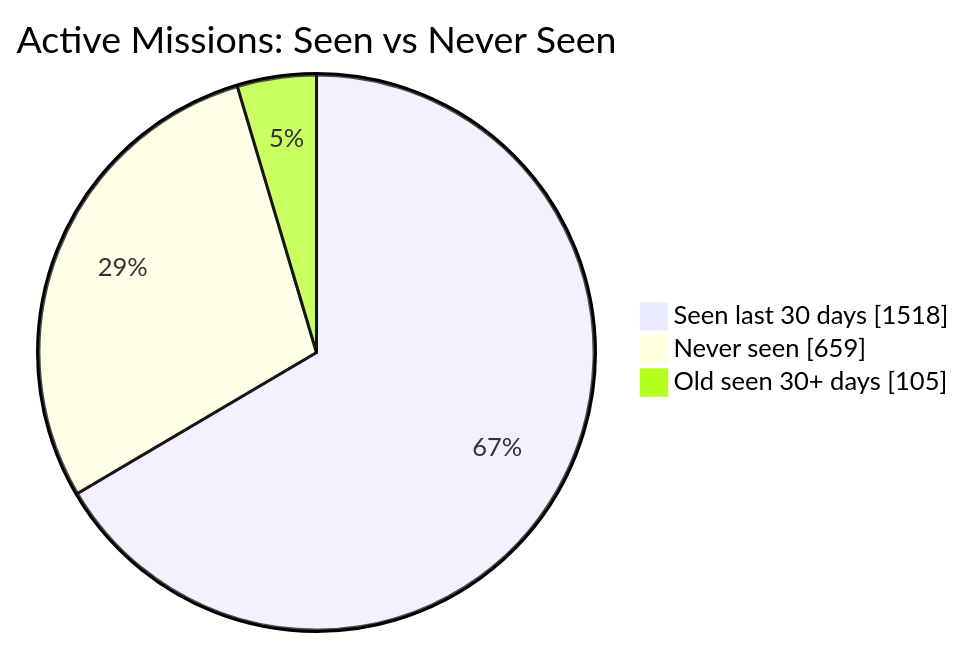
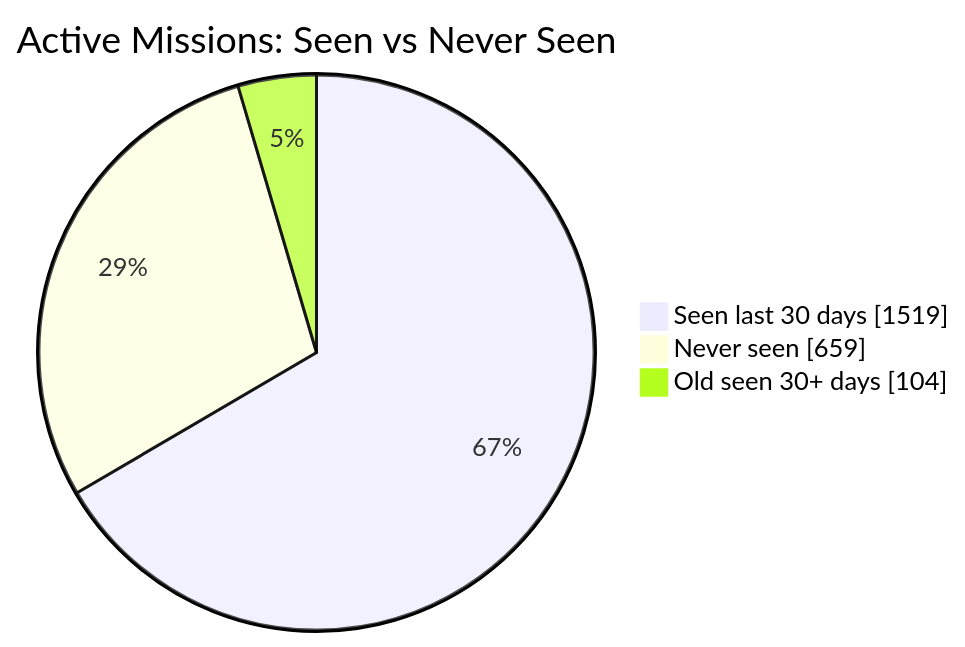
Before and after one commit to MeldkamerspelGameTeam/active-missions: the first of 2 diagrams in README.md, drawn with Mermaid. The commit also changed other lines of this file and 2 other files, not shown here.

````diff
--- a/README.md
+++ b/README.md
@@ -34,7 +34,7 @@
 ```mermaid
 pie showData
     title Active Missions: Seen vs Never Seen
-    "Seen last 30 days" : 1518
+    "Seen last 30 days" : 1519
     "Never seen" : 659
-    "Old seen 30+ days" : 105
+    "Old seen 30+ days" : 104
 ```
````
